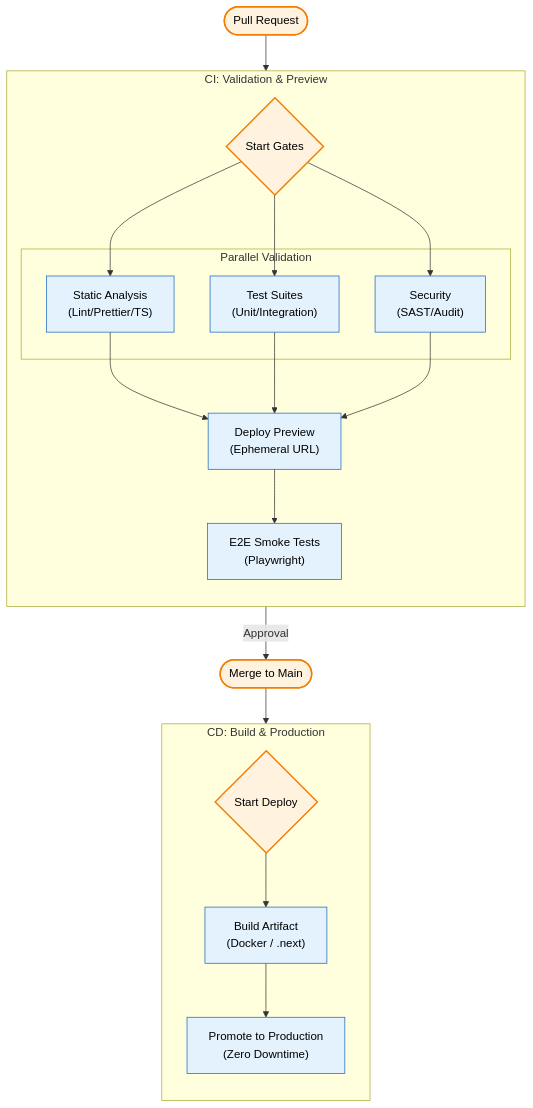
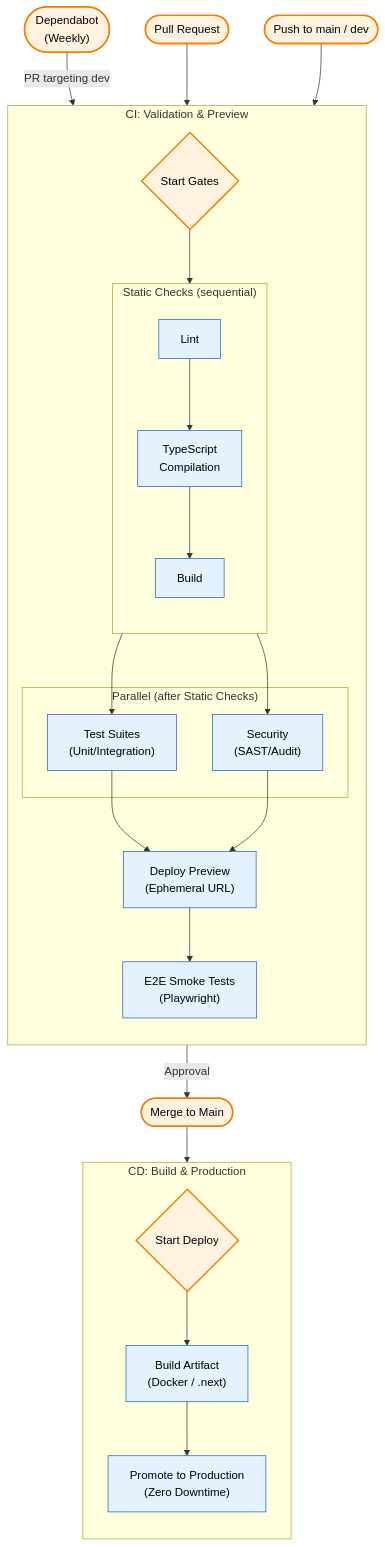
One commit to Jupiter0806/project_moonlight changed the first of 2 diagrams in web/README.md. Above: the diagram before and after it, drawn with Mermaid. The commit also changed other lines of this file and 1 other file, not shown here.

Commit message:
feat(ci): enhance CI workflow documentation with automated dependency updates and validation steps

````diff
--- a/web/README.md
+++ b/web/README.md
@@ -93,47 +98,54 @@
 ```mermaid
 flowchart TD
     %% Trigger Events
+    Dependabot(["Dependabot<br/>(Weekly)"]) -->|"PR targeting dev"| CI_Start
     PR([Pull Request]) --> CI_Start
+    Push([Push to main / dev]) --> CI_Start
     Merge([Merge to Main]) --> CD_Start
 
     %% CI / PR Phase
     subgraph CI_Phase ["CI: Validation & Preview"]
         direction TB
         CI_Start{Start Gates}
 
-        subgraph Parallel_Jobs ["Parallel Validation"]
-            Static["Static Analysis<br/>(Lint/Prettier/TS)"]
+        subgraph Static_Job ["Static Checks (sequential)"]
+            direction TB
+            Lint["Lint"] --> TSC["TypeScript<br/>Compilation"] --> BuildCheck["Build"]
+        end
+
+        subgraph Parallel_Jobs ["Parallel (after Static Checks)"]
             Tests["Test Suites<br/>(Unit/Integration)"]
             Sec["Security<br/>(SAST/Audit)"]
         end
 
         PreviewDep["Deploy Preview<br/>(Ephemeral URL)"]
         SmokeTest["E2E Smoke Tests<br/>(Playwright)"]
 
-        CI_Start --> Static & Tests & Sec
-        Static & Tests & Sec --> PreviewDep
+        CI_Start --> Lint
+        BuildCheck --> Tests & Sec
+        Tests & Sec --> PreviewDep
         PreviewDep --> SmokeTest
     end
 
     %% CD / Main Phase
     subgraph CD_Phase ["CD: Build & Production"]
         direction TB
         CD_Start{Start Deploy}
 
         Build["Build Artifact<br/>(Docker / .next)"]
         Promote["Promote to Production<br/>(Zero Downtime)"]
 
         CD_Start --> Build
         Build --> Promote
     end
 
     %% Flow Connection
     SmokeTest -- "Approval" --> Merge
 
     %% Styling
     classDef event fill:#fff3e0,stroke:#f57c00,stroke-width:2px,color:#000
     classDef job fill:#e3f2fd,stroke:#1565c0,stroke-width:1px,color:#000
 
-    class PR,Merge,CI_Start,CD_Start event
-    class Static,Tests,Sec,PreviewDep,SmokeTest,Build,Promote job
+    class PR,Merge,CI_Start,CD_Start,Dependabot,Push event
+    class Lint,TSC,BuildCheck,Tests,Sec,PreviewDep,SmokeTest,Build,Promote job
 ```
````
